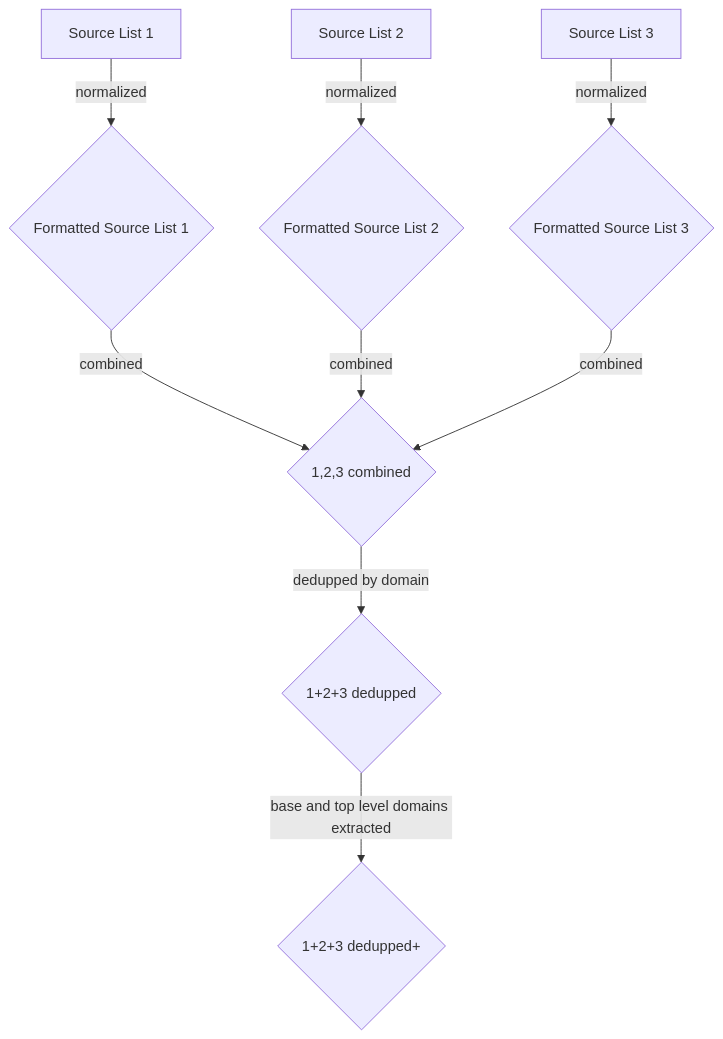
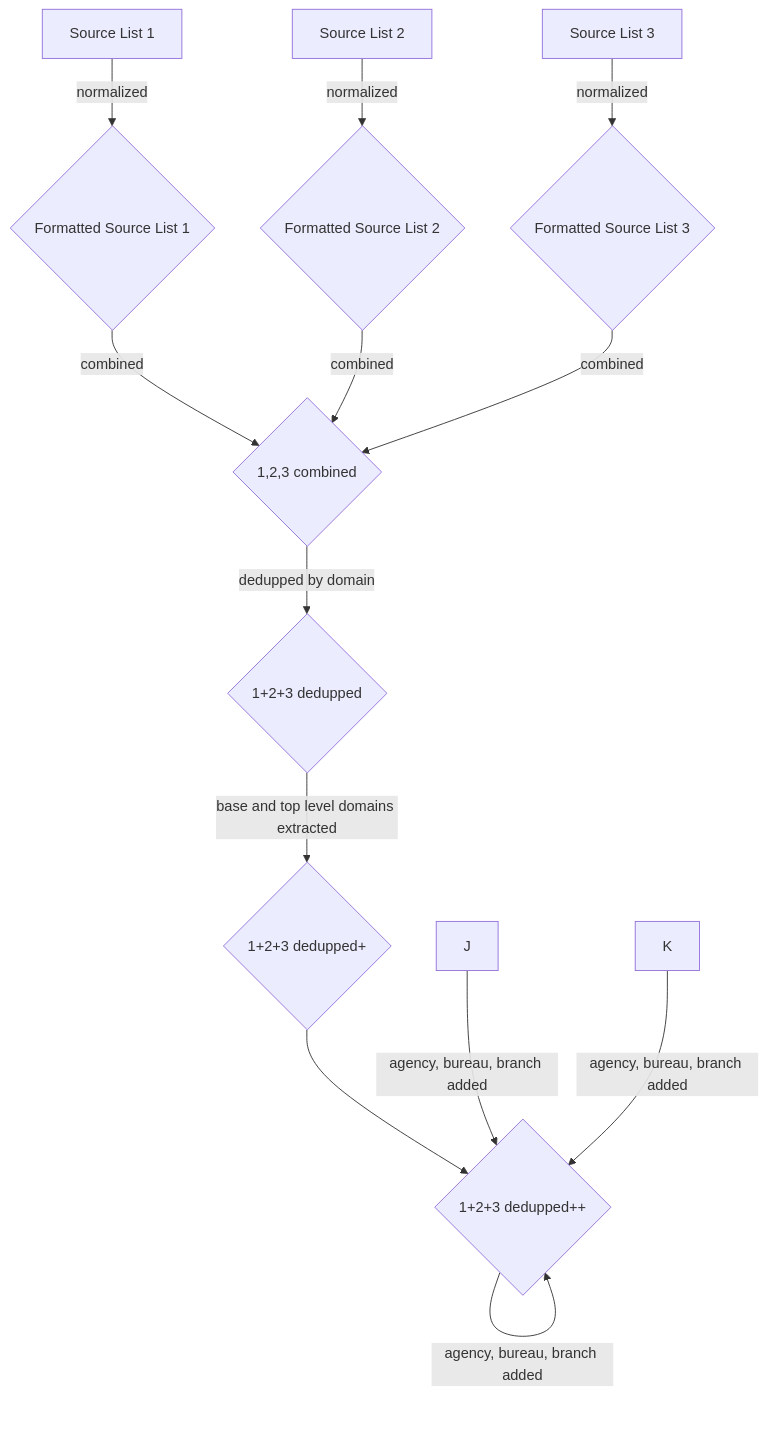
Before and after one commit to GSA/site-scanning-documentation: the diagram in about/project-management/diagrams/index-creation.md, drawn with Mermaid.

Commit message:
Update diagram index creation with additional nodes

````diff
--- a/about/project-management/diagrams/index-creation.md
+++ b/about/project-management/diagrams/index-creation.md
@@ -3,11 +3,15 @@
 ```mermaid
 graph TD;
     A[Source List 1]-- normalized -->D{Formatted Source List 1};
     B[Source List 2]-- normalized -->E{Formatted Source List 2};
     C[Source List 3]-- normalized -->F{Formatted Source List 3};
     D-- combined -->G{1,2,3 combined};
     E-- combined -->G{1,2,3 combined};
     F-- combined -->G{1,2,3 combined};
     G-- dedupped by domain -->H{1+2+3 dedupped};
     H-- base and top level domains extracted --> I{1+2+3 dedupped+};
+    I--> L{1+2+3 dedupped++};
+    J-- agency, bureau, branch added -->L{1+2+3 dedupped++};
+    K-- agency, bureau, branch added -->L{1+2+3 dedupped++};
+    L-- agency, bureau, branch added -->L{1+2+3 dedupped++};
 ```
````
